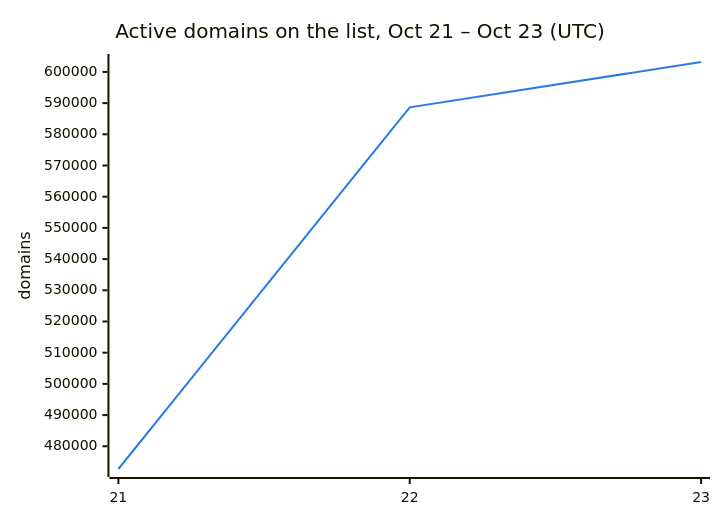
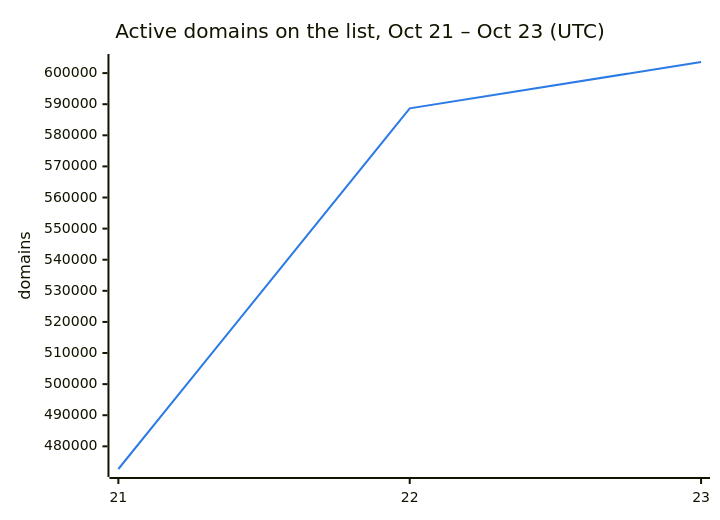
Before and after one commit to DNSBunker/CTI: the second of 3 diagrams in README.md, drawn with Mermaid. The commit also changed other lines of this file and 3 other files, not shown here.

````diff
--- a/README.md
+++ b/README.md
@@ -38,8 +38,8 @@
 ```mermaid
 %%{init: {"themeVariables": {"xyChart": {"plotColorPalette": "#2c7be5"}}}}%%
 xychart-beta
     title "Active domains on the list, Oct 21 – Oct 23 (UTC)"
     x-axis ["21", "22", "23"]
     y-axis "domains"
-    line [472713, 588659, 603182]
+    line [472713, 588659, 603568]
 ```
````
